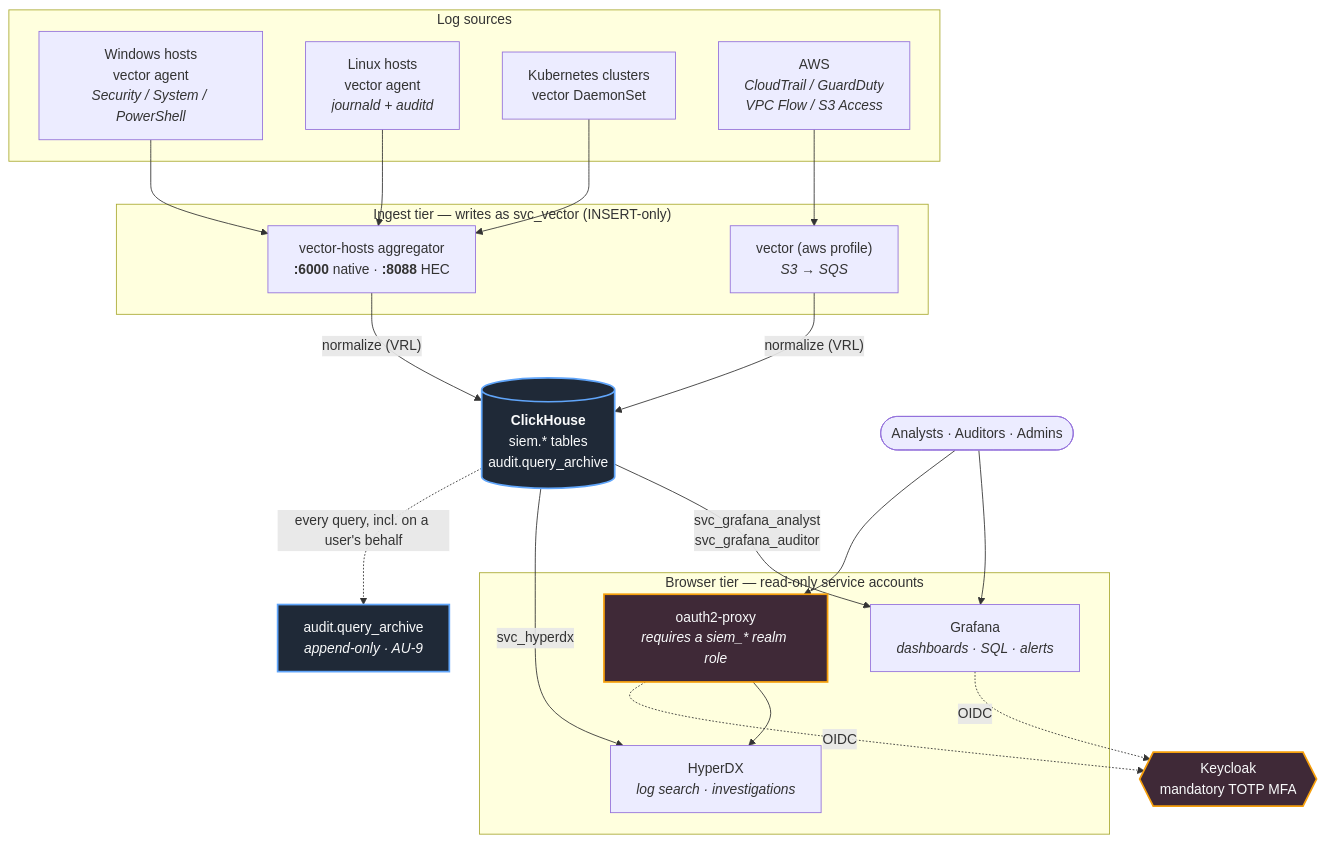
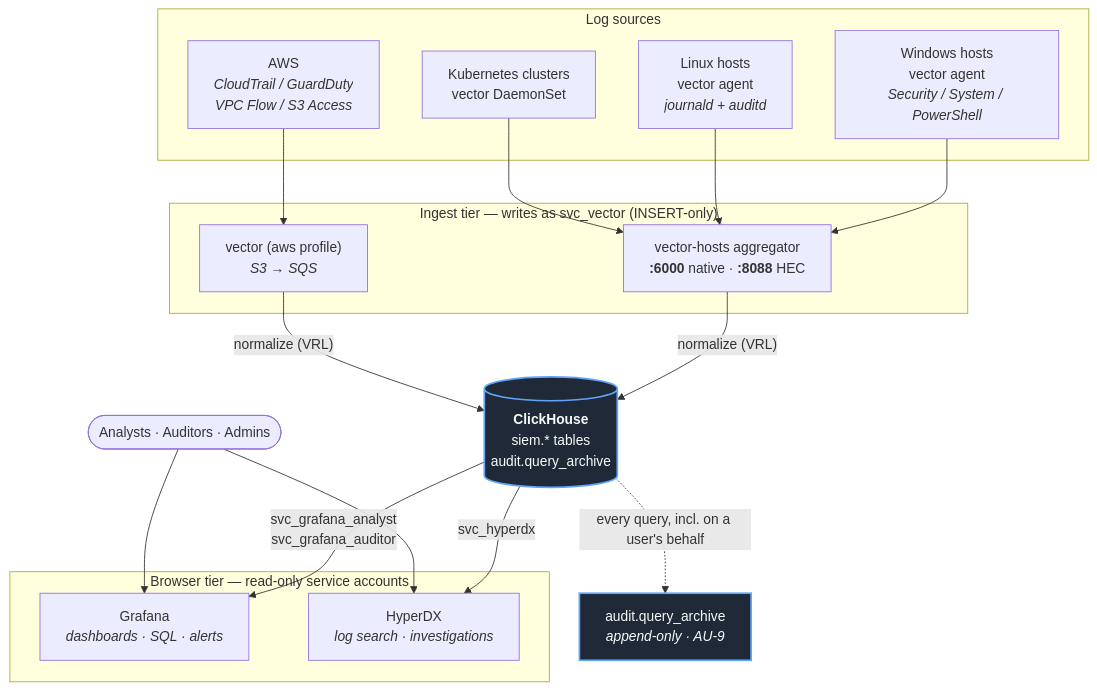
One commit to jake-kelley/ironlog changed the diagram in README.md. Above: the diagram before and after it, drawn with Mermaid. The commit also changed other lines of this file and 20 other files, not shown here.

````diff
--- a/README.md
+++ b/README.md
@@ -26,49 +27,42 @@
 ```mermaid
 flowchart TB
     subgraph sources["Log sources"]
         win["Windows hosts<br/>vector agent<br/><i>Security / System / PowerShell</i>"]
         lin["Linux hosts<br/>vector agent<br/><i>journald + auditd</i>"]
         k8s["Kubernetes clusters<br/>vector DaemonSet"]
         aws["AWS<br/><i>CloudTrail / GuardDuty<br/>VPC Flow / S3 Access</i>"]
     end
 
     subgraph ingest["Ingest tier — writes as svc_vector (INSERT-only)"]
         agg["vector-hosts aggregator<br/><b>:6000</b> native · <b>:8088</b> HEC"]
         vaws["vector (aws profile)<br/><i>S3 → SQS</i>"]
     end
 
     ch[("<b>ClickHouse</b><br/>siem.* tables<br/>audit.query_archive")]
 
     subgraph ui["Browser tier — read-only service accounts"]
         graf["Grafana<br/><i>dashboards · SQL · alerts</i>"]
-        prox["oauth2-proxy<br/><i>requires a siem_* realm role</i>"]
         hdx["HyperDX<br/><i>log search · investigations</i>"]
     end
 
-    kc{{"Keycloak<br/>mandatory TOTP MFA"}}
     analyst(["Analysts · Auditors · Admins"])
 
     win  --> agg
     lin  --> agg
     k8s  --> agg
     aws  --> vaws
 
     agg  -- "normalize (VRL)" --> ch
     vaws -- "normalize (VRL)" --> ch
 
     ch -- "svc_grafana_analyst<br/>svc_grafana_auditor" --> graf
     ch -- "svc_hyperdx" --> hdx
-    prox --> hdx
 
     analyst --> graf
-    analyst --> prox
-    graf -. OIDC .-> kc
-    prox -. OIDC .-> kc
+    analyst --> hdx
 
     ch -. "every query, incl. on a user's behalf" .-> audit["audit.query_archive<br/><i>append-only · AU-9</i>"]
 
     classDef store fill:#1f2937,stroke:#60a5fa,stroke-width:2px,color:#f9fafb
-    classDef auth fill:#3f2937,stroke:#f59e0b,stroke-width:2px,color:#f9fafb
     class ch,audit store
-    class kc,prox auth
 ```
````
